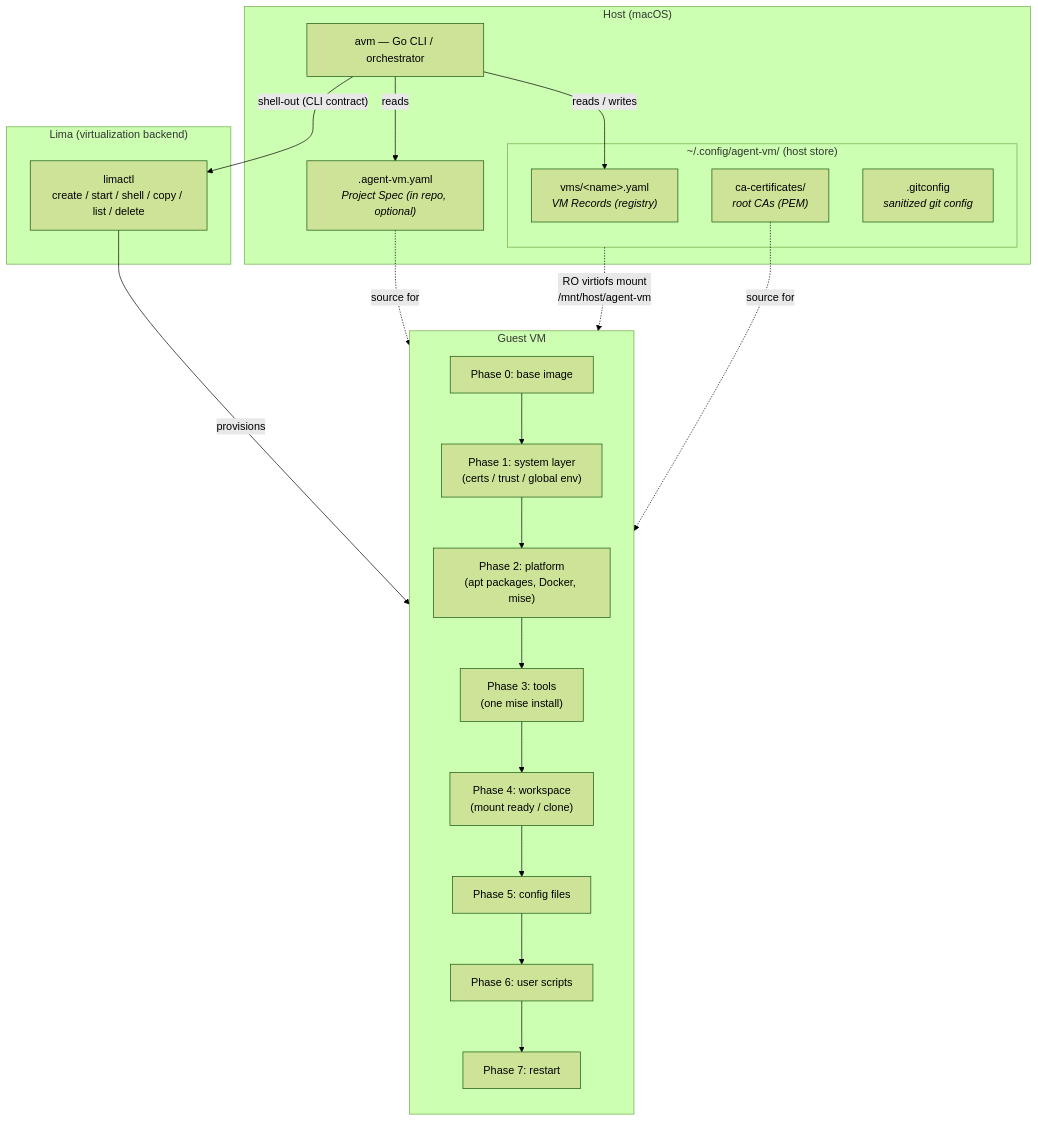
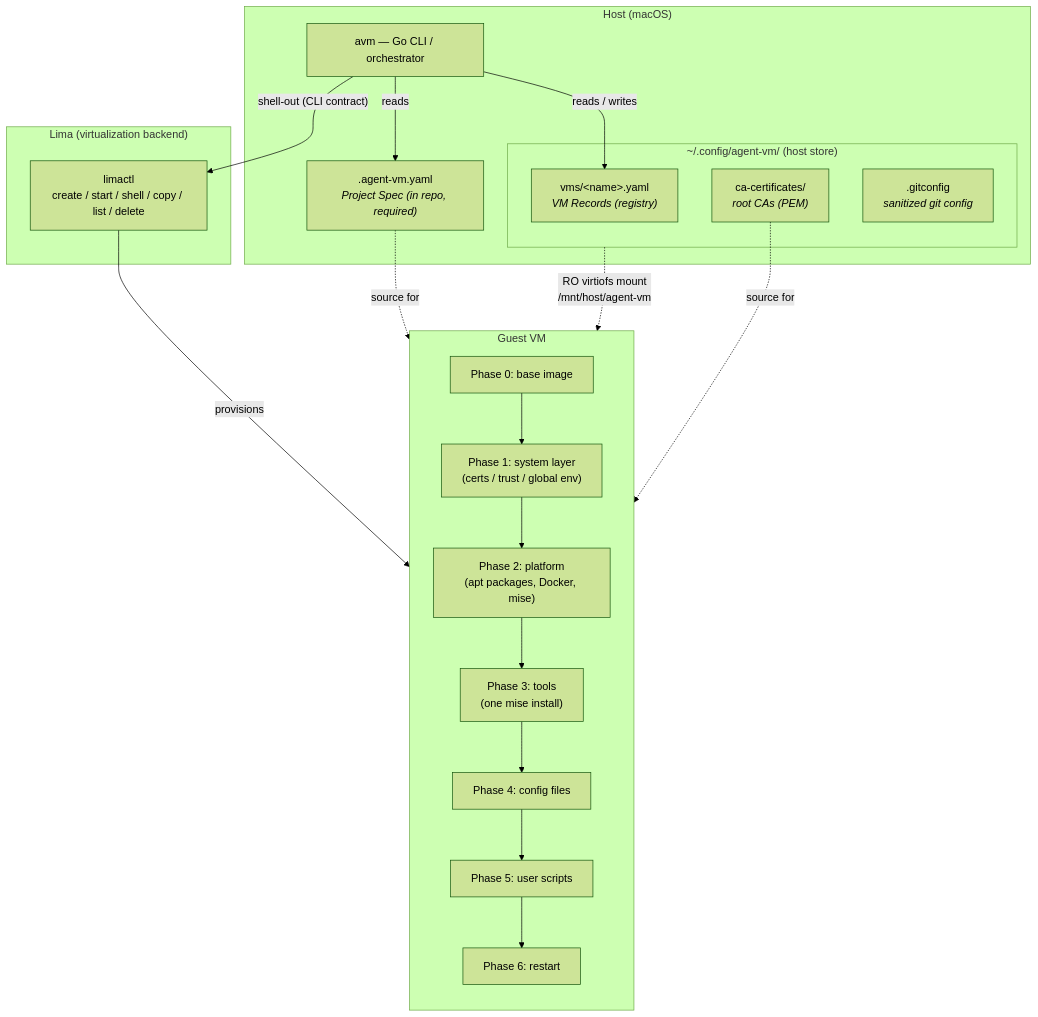
Before and after one commit to MikD1/agent-vm: the first of 5 diagrams in docs/architecture.md, drawn with Mermaid (forest theme). The commit also changed other lines of this file and 18 other files, not shown here.

First line of the commit message:
refactor(config,cli,provision)!: remove the clone workspace mode

````diff
--- a/docs/architecture.md
+++ b/docs/architecture.md
@@ -17,37 +17,36 @@
 ```mermaid
 graph TB
     subgraph Host["Host (macOS)"]
         cli["avm — Go CLI / orchestrator"]
         subgraph Store["~/.config/agent-vm/ (host store)"]
             registry["vms/&lt;name&gt;.yaml<br/><i>VM Records (registry)</i>"]
             ca["ca-certificates/<br/><i>root CAs (PEM)</i>"]
             gitcfg[".gitconfig<br/><i>sanitized git config</i>"]
         end
-        spec[".agent-vm.yaml<br/><i>Project Spec (in repo, optional)</i>"]
+        spec[".agent-vm.yaml<br/><i>Project Spec (in repo, required)</i>"]
     end
 
     subgraph Lima["Lima (virtualization backend)"]
         limactl["limactl<br/>create / start / shell / copy / list / delete"]
     end
 
     subgraph Guest["Guest VM"]
         direction TB
         p0["Phase 0: base image"]
         p1["Phase 1: system layer<br/>(certs / trust / global env)"]
         p2["Phase 2: platform<br/>(apt packages, Docker, mise)"]
         p3["Phase 3: tools<br/>(one mise install)"]
-        p4["Phase 4: workspace<br/>(mount ready / clone)"]
-        p5["Phase 5: config files"]
-        p6["Phase 6: user scripts"]
-        p7["Phase 7: restart"]
-        p0 --> p1 --> p2 --> p3 --> p4 --> p5 --> p6 --> p7
+        p4["Phase 4: config files"]
+        p5["Phase 5: user scripts"]
+        p6["Phase 6: restart"]
+        p0 --> p1 --> p2 --> p3 --> p4 --> p5 --> p6
     end
 
     cli -- "reads / writes" --> registry
     cli -- "reads" --> spec
     cli -- "shell-out (CLI contract)" --> limactl
     limactl -- "provisions" --> Guest
     Store -. "RO virtiofs mount<br/>/mnt/host/agent-vm" .-> Guest
     ca -. "source for" .-> p1
-    spec -. "source for" .-> p5
+    spec -. "source for" .-> p4
 ```
````
